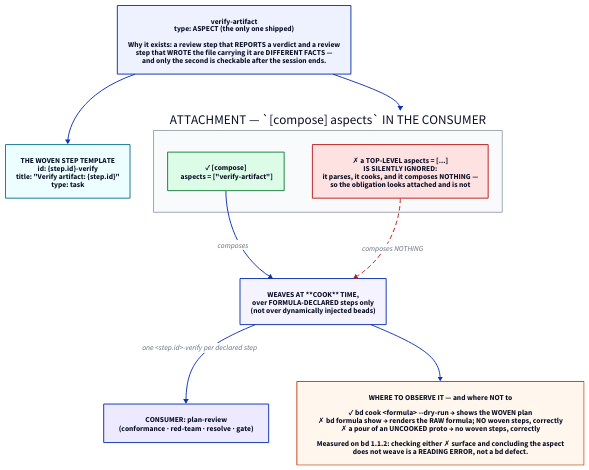
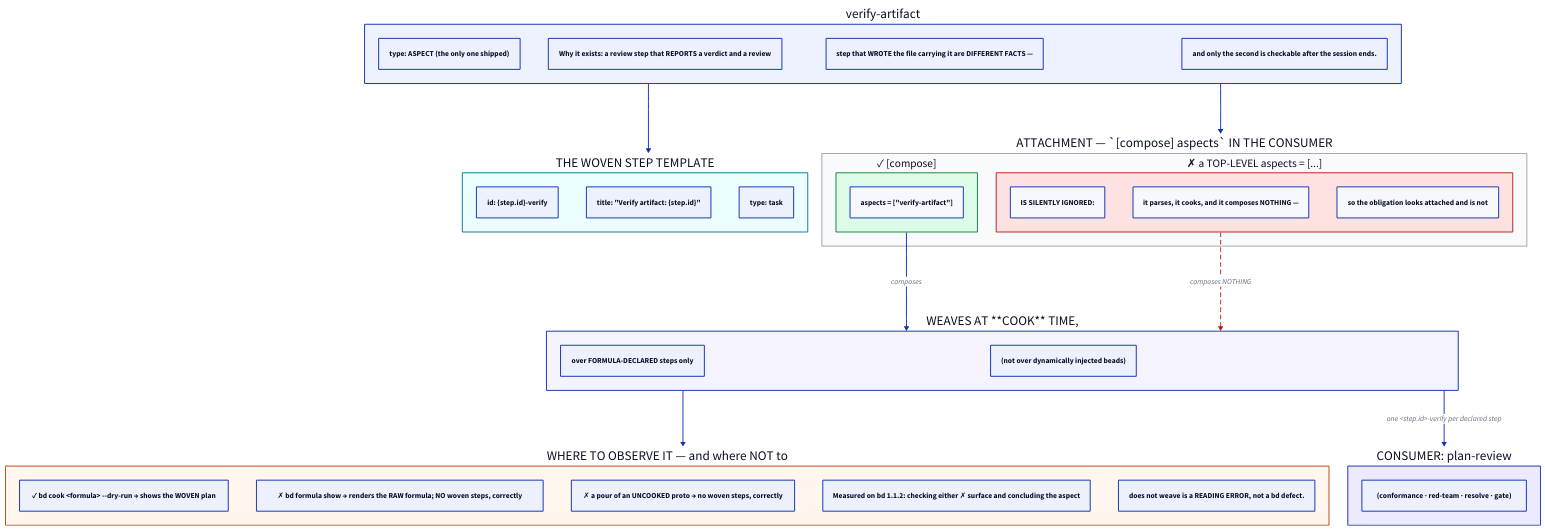
The diagram in web/content/images/formulas/verify-artifact.d2 (dixson3/yoshiko-flow), drawn with D2 before and after one commit. The commit also changed 46 other files, not shown here.

First line of the commit message:
plan-067 Epic 7 (7.0-7.7): the diagram restyle

```diff
--- a/web/content/images/formulas/verify-artifact.d2
+++ b/web/content/images/formulas/verify-artifact.d2
@@ -1,62 +1,81 @@
 # FORMULA `verify-artifact` — an ASPECT, not a workflow.
 # Source of truth: skills/yf-plan/formulas/verify-artifact.formula.toml
 # type: ASPECT — it declares no pipeline of its own; it ATTACHES to one.
 direction: down
 
 meta: {
-  label: "verify-artifact\ntype: ASPECT (the only one shipped)\n\nWhy it exists: a review step that REPORTS a verdict and a review\nstep that WROTE the file carrying it are DIFFERENT FACTS —\nand only the second is checkable after the session ends."
+  label: "verify-artifact"
+  type_aspect_the_only_one_shi: "type: ASPECT (the only one shipped)"
+  why_it_exists_a_review_step_: "Why it exists: a review step that REPORTS a verdict and a review"
+  step_that_wrote_the_file_car: "step that WROTE the file carrying it are DIFFERENT FACTS —"
+  and_only_the_second_is_check: "and only the second is checkable after the session ends."
   shape: rectangle
   style.fill: "#eef2ff"
 }
 
 template: {
-  label: "THE WOVEN STEP TEMPLATE\nid: {step.id}-verify\ntitle: \"Verify artifact: {step.id}\"\ntype: task"
+  label: "THE WOVEN STEP TEMPLATE"
+  id_step_id_verify: "id: {step.id}-verify"
+  title_verify_artifact_step_i: "title: \"Verify artifact: {step.id}\""
+  type_task: "type: task"
   shape: rectangle
   style.fill: "#ecfeff"
   style.stroke: "#0e7490"
 }
 
 attach: {
   label: "ATTACHMENT — `[compose] aspects` IN THE CONSUMER"
   style.fill: "#f9fafb"
   style.stroke: "#9ca3af"
 
   right: {
-    label: "✓ [compose]\n  aspects = [\"verify-artifact\"]"
+    label: "✓ [compose]"
+    aspects_verify_artifact: "aspects = [\"verify-artifact\"]"
     shape: rectangle
     style.fill: "#dcfce7"
     style.stroke: "#15803d"
   }
   wrong: {
-    label: "✗ a TOP-LEVEL aspects = [...]\nIS SILENTLY IGNORED:\nit parses, it cooks, and it composes NOTHING —\nso the obligation looks attached and is not"
+    label: "✗ a TOP-LEVEL aspects = [...]"
+    is_silently_ignored: "IS SILENTLY IGNORED:"
+    it_parses_it_cooks_and_it_co: "it parses, it cooks, and it composes NOTHING —"
+    so_the_obligation_looks_atta: "so the obligation looks attached and is not"
     shape: rectangle
     style.fill: "#fee2e2"
     style.stroke: "#b91c1c"
   }
 }
 
 weave: {
-  label: "WEAVES AT **COOK** TIME,\nover FORMULA-DECLARED steps only\n(not over dynamically injected beads)"
+  label: "WEAVES AT **COOK** TIME,"
+  over_formula_declared_steps_: "over FORMULA-DECLARED steps only"
+  not_over_dynamically_injecte: "(not over dynamically injected beads)"
   shape: rectangle
   style.fill: "#f5f3ff"
 }
 
 observe: {
-  label: "WHERE TO OBSERVE IT — and where NOT to\n\n✓ bd cook <formula> --dry-run   → shows the WOVEN plan\n✗ bd formula show               → renders the RAW formula; NO woven steps, correctly\n✗ a pour of an UNCOOKED proto   → no woven steps, correctly\n\nMeasured on bd 1.1.2: checking either ✗ surface and concluding the aspect\ndoes not weave is a READING ERROR, not a bd defect."
+  label: "WHERE TO OBSERVE IT — and where NOT to"
+  bd_cook_formula_dry_run_show: "✓ bd cook <formula> --dry-run   → shows the WOVEN plan"
+  bd_formula_show_renders_the_: "✗ bd formula show               → renders the RAW formula; NO woven steps, correctly"
+  a_pour_of_an_uncooked_proto_: "✗ a pour of an UNCOOKED proto   → no woven steps, correctly"
+  measured_on_bd_1_1_2_checkin: "Measured on bd 1.1.2: checking either ✗ surface and concluding the aspect"
+  does_not_weave_is_a_reading_: "does not weave is a READING ERROR, not a bd defect."
   shape: rectangle
   style.fill: "#fff7ed"
   style.stroke: "#c2410c"
 }
 
 consumer: {
-  label: "CONSUMER: plan-review\n(conformance · red-team · resolve · gate)"
+  label: "CONSUMER: plan-review"
+  conformance_red_team_resolve: "(conformance · red-team · resolve · gate)"
   shape: rectangle
   style.fill: "#ede9fe"
 }
 
 meta -> template
 meta -> attach
 attach.right -> weave: "composes"
 attach.wrong -> weave: "composes NOTHING" { style.stroke-dash: 4; style.stroke: "#b91c1c" }
 weave -> consumer: "one <step.id>-verify per declared step"
 weave -> observe
```
